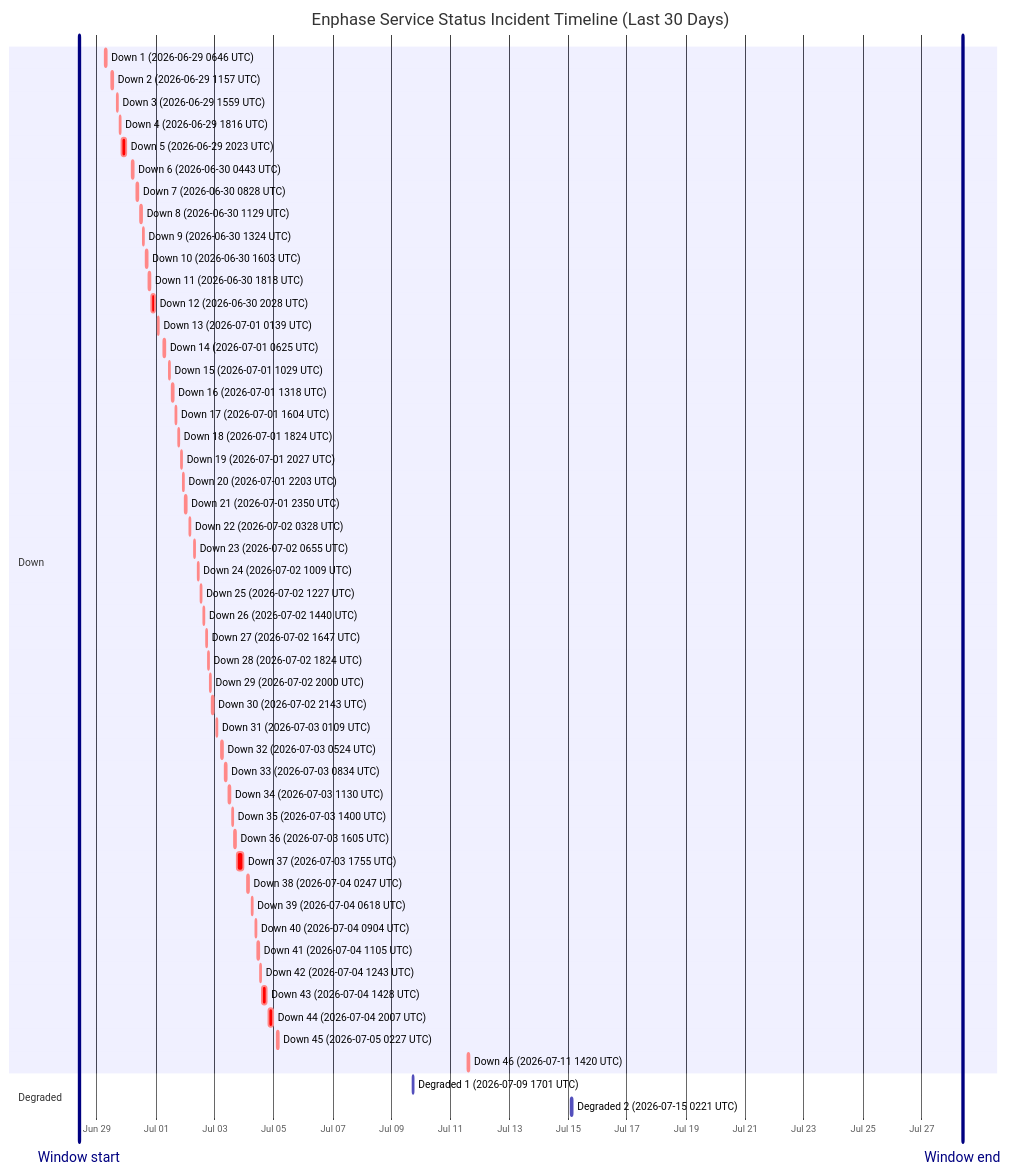
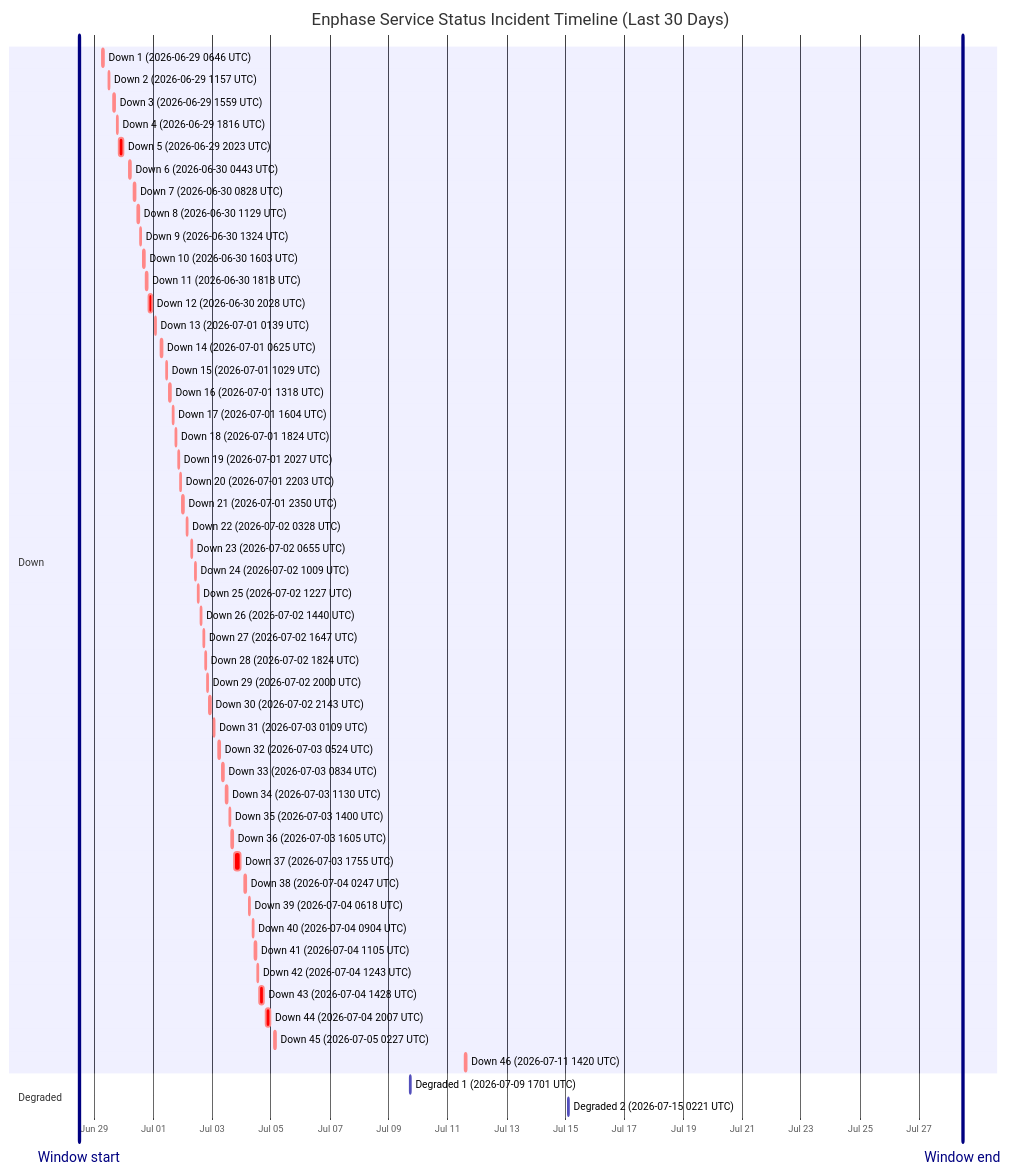
One commit to barneyonline/ha-enphase-energy changed the diagram in wiki/Service-Status-History.md. Above: the diagram before and after it, drawn with Mermaid. The commit also changed other lines of this file and 3 other files, not shown here.

````diff
--- a/wiki/Service-Status-History.md
+++ b/wiki/Service-Status-History.md
@@ -14,58 +14,58 @@
 ```mermaid
 gantt
     title Enphase Service Status Incident Timeline (Last 30 Days)
     dateFormat  YYYY-MM-DDTHH:mm:ss
     axisFormat  %b %d
-    Window start :vert, window-start, 2026-06-28T09:16:31, 0ms
-    Window end :vert, window-end, 2026-07-28T09:16:31, 0ms
+    Window start :vert, window-start, 2026-06-28T11:34:55, 0ms
+    Window end :vert, window-end, 2026-07-28T11:34:55, 0ms
     section Down
     Down 1 (2026-06-29 0646 UTC) :crit, down-1, 2026-06-29T06:46:18, 60m
     Down 2 (2026-06-29 1157 UTC) :crit, down-2, 2026-06-29T11:57:36, 60m
     Down 3 (2026-06-29 1559 UTC) :crit, down-3, 2026-06-29T15:59:02, 60m
     Down 4 (2026-06-29 1816 UTC) :crit, down-4, 2026-06-29T18:16:38, 60m
     Down 5 (2026-06-29 2023 UTC) :crit, down-5, 2026-06-29T20:23:16, 220m
     Down 6 (2026-06-30 0443 UTC) :crit, down-6, 2026-06-30T04:43:54, 60m
     Down 7 (2026-06-30 0828 UTC) :crit, down-7, 2026-06-30T08:28:43, 60m
     Down 8 (2026-06-30 1129 UTC) :crit, down-8, 2026-06-30T11:29:15, 60m
     Down 9 (2026-06-30 1324 UTC) :crit, down-9, 2026-06-30T13:24:25, 60m
     Down 10 (2026-06-30 1603 UTC) :crit, down-10, 2026-06-30T16:03:26, 60m
     Down 11 (2026-06-30 1818 UTC) :crit, down-11, 2026-06-30T18:18:39, 60m
     Down 12 (2026-06-30 2028 UTC) :crit, down-12, 2026-06-30T20:28:54, 171m
     Down 13 (2026-07-01 0139 UTC) :crit, down-13, 2026-07-01T01:39:18, 60m
     Down 14 (2026-07-01 0625 UTC) :crit, down-14, 2026-07-01T06:25:35, 60m
     Down 15 (2026-07-01 1029 UTC) :crit, down-15, 2026-07-01T10:29:24, 60m
     Down 16 (2026-07-01 1318 UTC) :crit, down-16, 2026-07-01T13:18:31, 60m
     Down 17 (2026-07-01 1604 UTC) :crit, down-17, 2026-07-01T16:04:29, 60m
     Down 18 (2026-07-01 1824 UTC) :crit, down-18, 2026-07-01T18:24:21, 60m
     Down 19 (2026-07-01 2027 UTC) :crit, down-19, 2026-07-01T20:27:17, 60m
     Down 20 (2026-07-01 2203 UTC) :crit, down-20, 2026-07-01T22:03:46, 60m
     Down 21 (2026-07-01 2350 UTC) :crit, down-21, 2026-07-01T23:50:52, 60m
     Down 22 (2026-07-02 0328 UTC) :crit, down-22, 2026-07-02T03:28:33, 60m
     Down 23 (2026-07-02 0655 UTC) :crit, down-23, 2026-07-02T06:55:07, 60m
     Down 24 (2026-07-02 1009 UTC) :crit, down-24, 2026-07-02T10:09:15, 60m
     Down 25 (2026-07-02 1227 UTC) :crit, down-25, 2026-07-02T12:27:49, 60m
     Down 26 (2026-07-02 1440 UTC) :crit, down-26, 2026-07-02T14:40:53, 60m
     Down 27 (2026-07-02 1647 UTC) :crit, down-27, 2026-07-02T16:47:47, 60m
     Down 28 (2026-07-02 1824 UTC) :crit, down-28, 2026-07-02T18:24:26, 60m
     Down 29 (2026-07-02 2000 UTC) :crit, down-29, 2026-07-02T20:00:57, 60m
     Down 30 (2026-07-02 2143 UTC) :crit, down-30, 2026-07-02T21:43:52, 80m
     Down 31 (2026-07-03 0109 UTC) :crit, down-31, 2026-07-03T01:09:19, 60m
     Down 32 (2026-07-03 0524 UTC) :crit, down-32, 2026-07-03T05:24:23, 60m
     Down 33 (2026-07-03 0834 UTC) :crit, down-33, 2026-07-03T08:34:05, 60m
     Down 34 (2026-07-03 1130 UTC) :crit, down-34, 2026-07-03T11:30:41, 60m
     Down 35 (2026-07-03 1400 UTC) :crit, down-35, 2026-07-03T14:00:48, 60m
     Down 36 (2026-07-03 1605 UTC) :crit, down-36, 2026-07-03T16:05:49, 60m
     Down 37 (2026-07-03 1755 UTC) :crit, down-37, 2026-07-03T17:55:54, 338m
     Down 38 (2026-07-04 0247 UTC) :crit, down-38, 2026-07-04T02:47:22, 60m
     Down 39 (2026-07-04 0618 UTC) :crit, down-39, 2026-07-04T06:18:09, 60m
     Down 40 (2026-07-04 0904 UTC) :crit, down-40, 2026-07-04T09:04:41, 60m
     Down 41 (2026-07-04 1105 UTC) :crit, down-41, 2026-07-04T11:05:21, 60m
     Down 42 (2026-07-04 1243 UTC) :crit, down-42, 2026-07-04T12:43:25, 60m
     Down 43 (2026-07-04 1428 UTC) :crit, down-43, 2026-07-04T14:28:07, 243m
     Down 44 (2026-07-04 2007 UTC) :crit, down-44, 2026-07-04T20:07:50, 206m
     Down 45 (2026-07-05 0227 UTC) :crit, down-45, 2026-07-05T02:27:32, 109m
     Down 46 (2026-07-11 1420 UTC) :crit, down-46, 2026-07-11T14:20:54, 69m
     section Degraded
     Degraded 1 (2026-07-09 1701 UTC) :active, degraded-1, 2026-07-09T17:01:02, 60m
     Degraded 2 (2026-07-15 0221 UTC) :active, degraded-2, 2026-07-15T02:21:35, 60m
 ```
````
